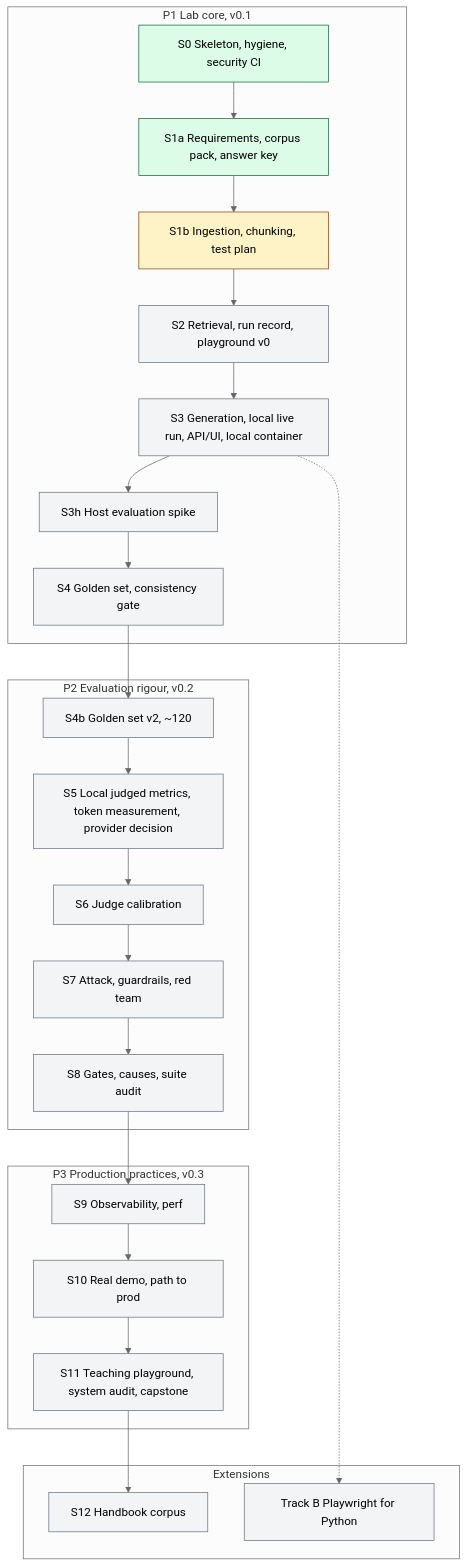
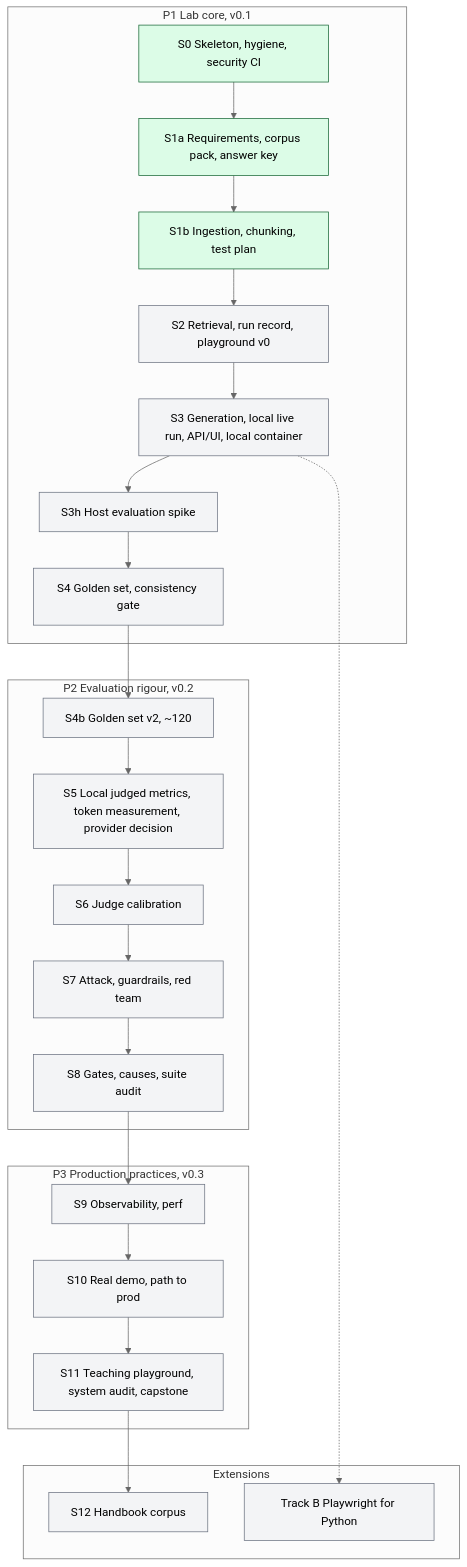
One commit to willcoliveira/ai-testing-rag-lab changed the diagram in README.md. Above: the diagram before and after it, drawn with Mermaid (neutral theme). The commit also changed other lines of this file and 3 other files, not shown here.

````diff
--- a/README.md
+++ b/README.md
@@ -21,26 +21,25 @@
 ```mermaid
 flowchart TB
   subgraph P1[P1 Lab core, v0.1]
     S0[S0 Skeleton, hygiene, security CI] --> S1a[S1a Requirements, corpus pack, answer key] --> S1b[S1b Ingestion, chunking, test plan] --> S2[S2 Retrieval, run record, playground v0] --> S3[S3 Generation, local live run, API/UI, local container] --> S3h[S3h Host evaluation spike] --> S4[S4 Golden set, consistency gate]
   end
   subgraph P2[P2 Evaluation rigour, v0.2]
     S4b[S4b Golden set v2, ~120] --> S5[S5 Local judged metrics, token measurement, provider decision] --> S6[S6 Judge calibration] --> S7[S7 Attack, guardrails, red team] --> S8[S8 Gates, causes, suite audit]
   end
   subgraph P3[P3 Production practices, v0.3]
     S9[S9 Observability, perf] --> S10[S10 Real demo, path to prod] --> S11[S11 Teaching playground, system audit, capstone]
   end
   subgraph EXT[Extensions]
     S12[S12 Handbook corpus]
     B[Track B Playwright for Python]
   end
   S4 --> S4b
   S8 --> S9
   S11 --> S12
   S3 -.-> B
   classDef todo fill:#f3f4f6,stroke:#6b7280
   classDef wip fill:#fef3c7,stroke:#92400e
   classDef done fill:#dcfce7,stroke:#166534
-  class S0,S1a done
-  class S1b wip
+  class S0,S1a,S1b done
   class S2,S3,S3h,S4,S4b,S5,S6,S7,S8,S9,S10,S11,S12,B todo
 ```
````
